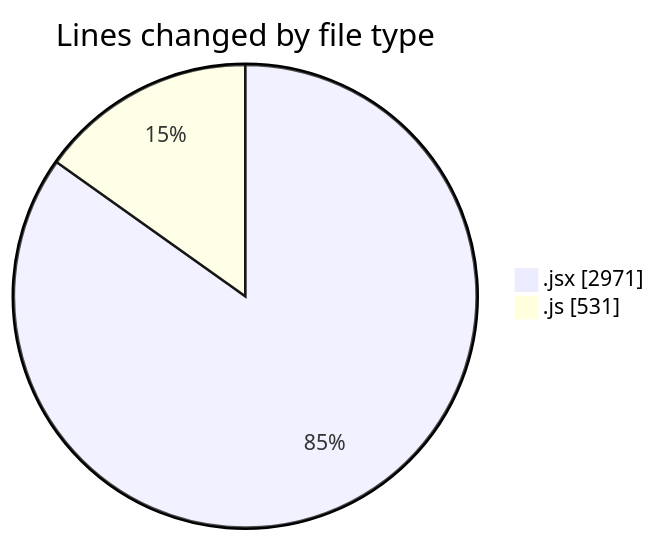
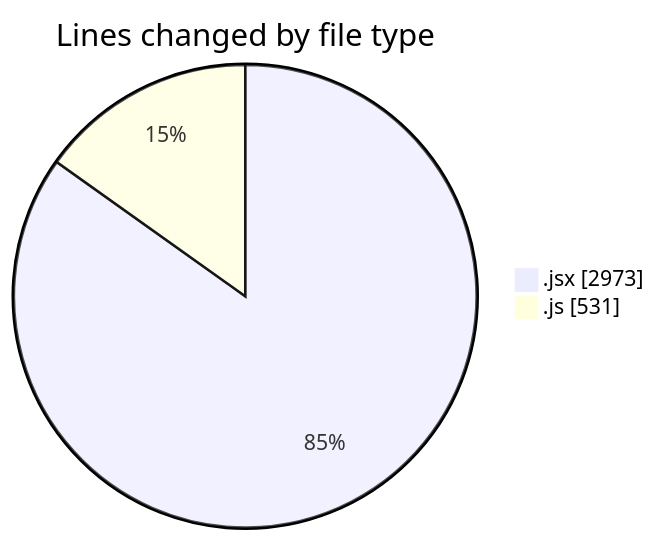
The first of 2 diagrams in 2025-05-22/nxtqube_webapp/README.md (nxtqubesakshisongat/code-tracking), drawn with Mermaid before and after one commit. The commit also changed other lines of this file and 1 other file, not shown here.

````diff
--- a/2025-05-22/nxtqube_webapp/README.md
+++ b/2025-05-22/nxtqube_webapp/README.md
@@ -24,6 +24,6 @@
 ```mermaid
 pie showData
 title Lines changed by file type
-".jsx" : 2971
+".jsx" : 2973
 ".js" : 531
 ```
````
